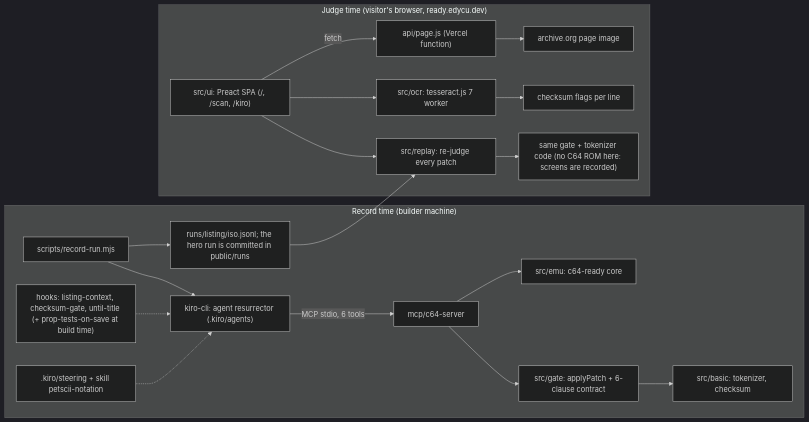
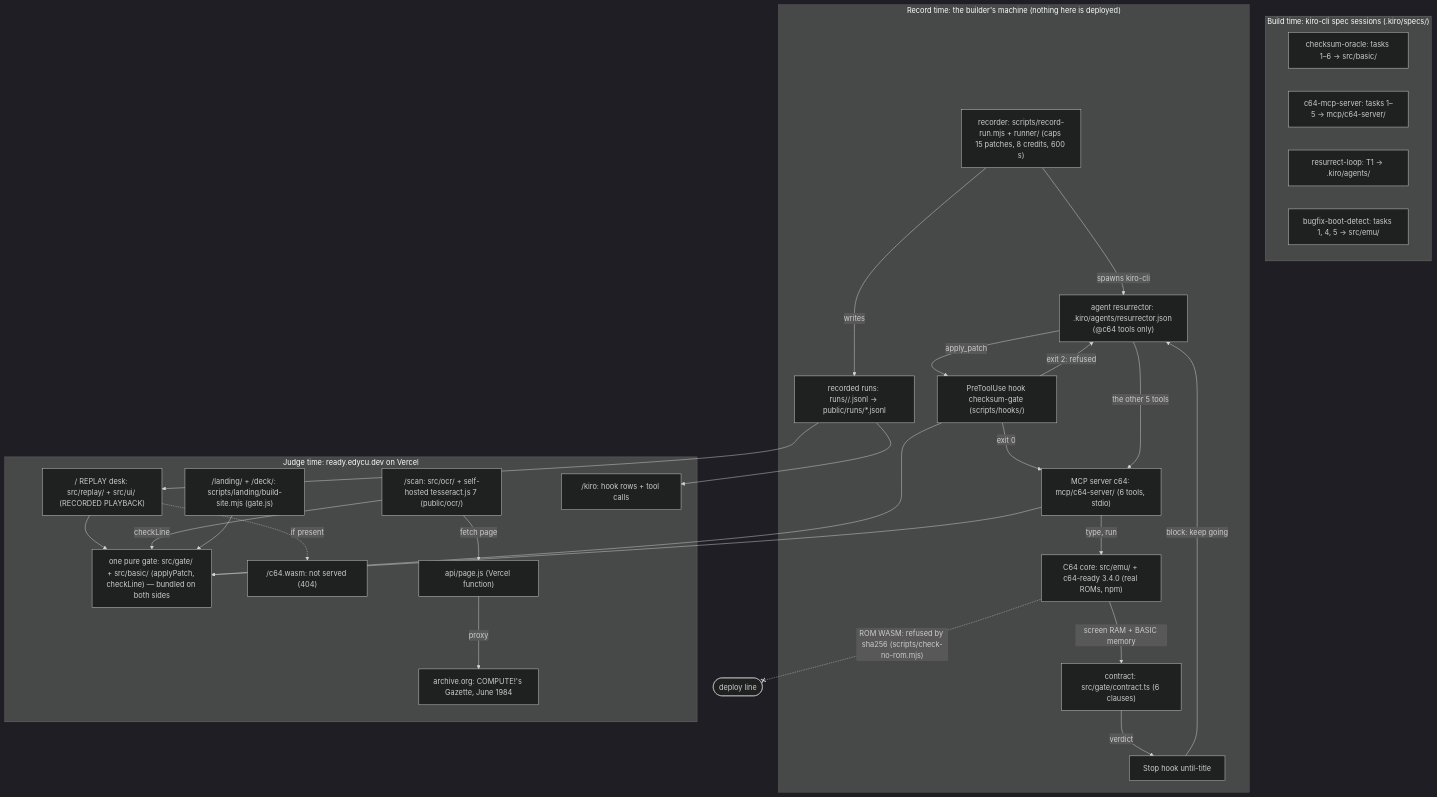
One commit to edycutjong/ready changed the diagram in ARCHITECTURE.md. Above: the diagram before and after it, drawn with Mermaid (dark theme). The commit also changed other lines of this file and 2 other files, not shown here.

Commit message:
docs: architecture diagram v2, drawn from the code as built — one pure gate on the deploy line with its five callers (PreToolUse hook, MCP apply_patch, REPLAY, /scan checkLine, landing gate.js), the hook/stop/verdict loop, the 6-clause contract fed by the C64's facts, the ROM WASM stopped by sha256, and the receipts; ARCHITECTURE.md text map + table match it

````diff
--- a/ARCHITECTURE.md
+++ b/ARCHITECTURE.md
@@ -11,22 +14,36 @@
 ```mermaid
-flowchart LR
-  subgraph record["Record time (builder machine)"]
-    REC["scripts/record-run.mjs"] --> KIRO["kiro-cli: agent resurrector (.kiro/agents)"]
-    KIRO -->|"MCP stdio, 6 tools"| MCP["mcp/c64-server"]
-    HOOKS["hooks: listing-context, checksum-gate, until-title (+ prop-tests-on-save at build time)"] -.-> KIRO
-    STEER[".kiro/steering + skill petscii-notation"] -.-> KIRO
-    MCP --> GATE["src/gate: applyPatch + 6-clause contract"]
-    MCP --> EMU["src/emu: c64-ready core"]
-    GATE --> BAS["src/basic: tokenizer, checksum"]
-    REC --> RUNS["runs/listing/iso.jsonl; the hero run is committed in public/runs"]
+flowchart TB
+  subgraph build["Build time: kiro-cli spec sessions (.kiro/specs/)"]
+    S1["checksum-oracle: tasks 1–6 → src/basic/"]
+    S2["c64-mcp-server: tasks 1–5 → mcp/c64-server/"]
+    S3["resurrect-loop: T1 → .kiro/agents/"]
+    S4["bugfix-boot-detect: tasks 1, 4, 5 → src/emu/"]
   end
-  subgraph judge["Judge time (visitor's browser, ready.edycu.dev)"]
-    SPA["src/ui: Preact SPA (/, /scan, /kiro)"] --> REPLAY["src/replay: re-judge every patch"]
-    RUNS --> REPLAY
-    REPLAY --> GATE2["same gate + tokenizer code (no C64 ROM here: screens are recorded)"]
-    SPA --> OCR["src/ocr: tesseract.js 7 worker"]
-    OCR --> FLAG["checksum flags per line"]
-    SPA -->|"fetch"| API["api/page.js (Vercel function)"]
-    API --> ARCH["archive.org page image"]
+  subgraph record["Record time: the builder's machine (nothing here is deployed)"]
+    REC["recorder: scripts/record-run.mjs + runner/ (caps 15 patches, 8 credits, 600 s)"] -->|spawns kiro-cli| AGENT["agent resurrector: .kiro/agents/resurrector.json (@c64 tools only)"]
+    AGENT -->|apply_patch| HOOK["PreToolUse hook checksum-gate (scripts/hooks/)"]
+    HOOK -->|exit 2: refused| AGENT
+    HOOK -->|exit 0| MCP["MCP server c64: mcp/c64-server/ (6 tools, stdio)"]
+    AGENT -->|the other 5 tools| MCP
+    MCP -->|type, run| EMU["C64 core: src/emu/ + c64-ready 3.4.0 (real ROMs, npm)"]
+    EMU -->|screen RAM + BASIC memory| CON["contract: src/gate/contract.ts (6 clauses)"]
+    CON -->|verdict| STOP["Stop hook until-title"]
+    STOP -->|block: keep going| AGENT
+    REC -->|writes| RUNS["recorded runs: runs/<listing>/<time>.jsonl → public/runs/*.jsonl"]
   end
+  GATE["one pure gate: src/gate/ + src/basic/ (applyPatch, checkLine) — bundled on both sides"]
+  HOOK --> GATE
+  MCP --> GATE
+  EMU -. "ROM WASM: refused by sha256 (scripts/check-no-rom.mjs)" .-x DEPLOY(["deploy line"])
+  subgraph judge["Judge time: ready.edycu.dev on Vercel"]
+    REPLAY["/ REPLAY desk: src/replay/ + src/ui/ (RECORDED PLAYBACK)"] --> GATE
+    SCAN["/scan: src/ocr/ + self-hosted tesseract.js 7 (public/ocr/)"] -->|checkLine| GATE
+    LAND["/landing/ + /deck/: scripts/landing/build-site.mjs (gate.js)"] --> GATE
+    KIRO["/kiro: hook rows + tool calls"]
+    REPLAY -. "if present" .-> WASM["/c64.wasm: not served (404)"]
+    SCAN -->|fetch page| API["api/page.js (Vercel function)"]
+    API -->|proxy| ARCH["archive.org: COMPUTE!'s Gazette, June 1984"]
+  end
+  RUNS --> REPLAY
+  RUNS --> KIRO
 ```
````
